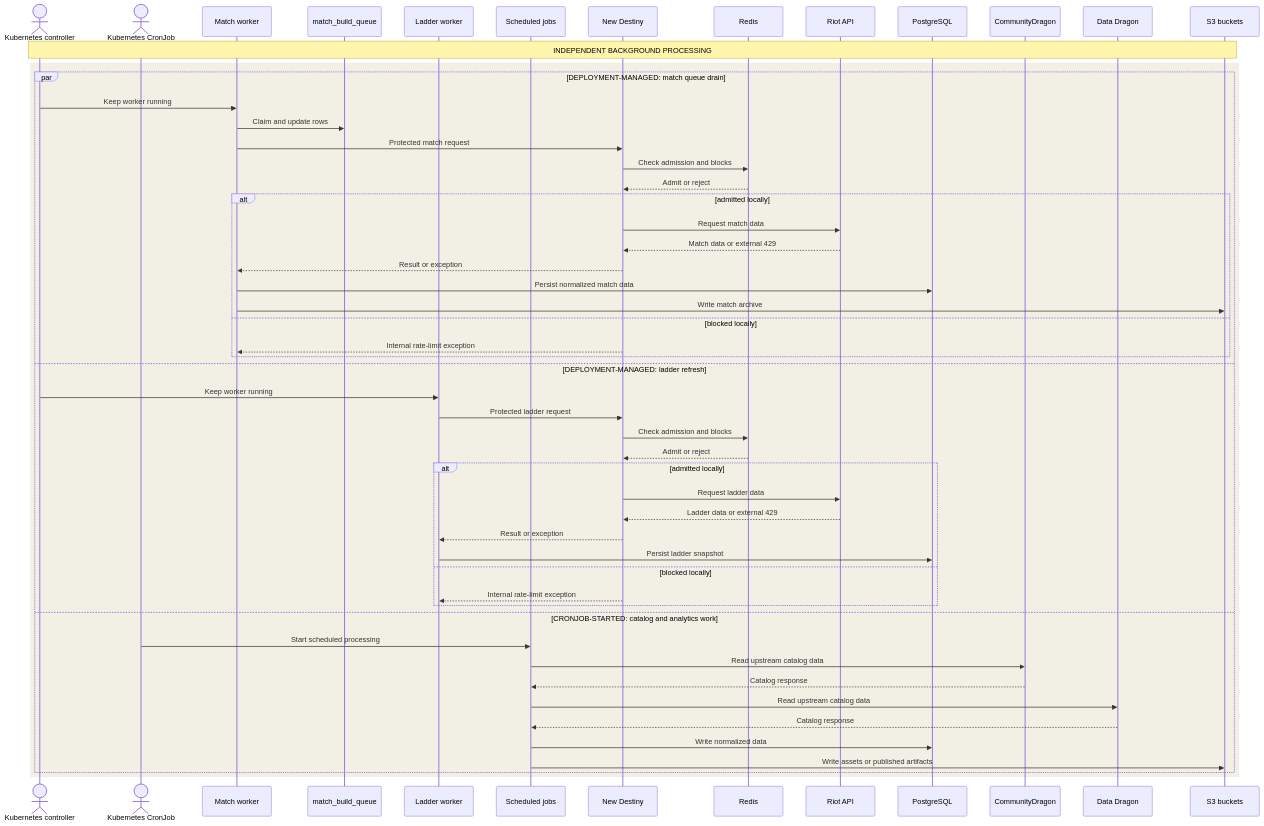
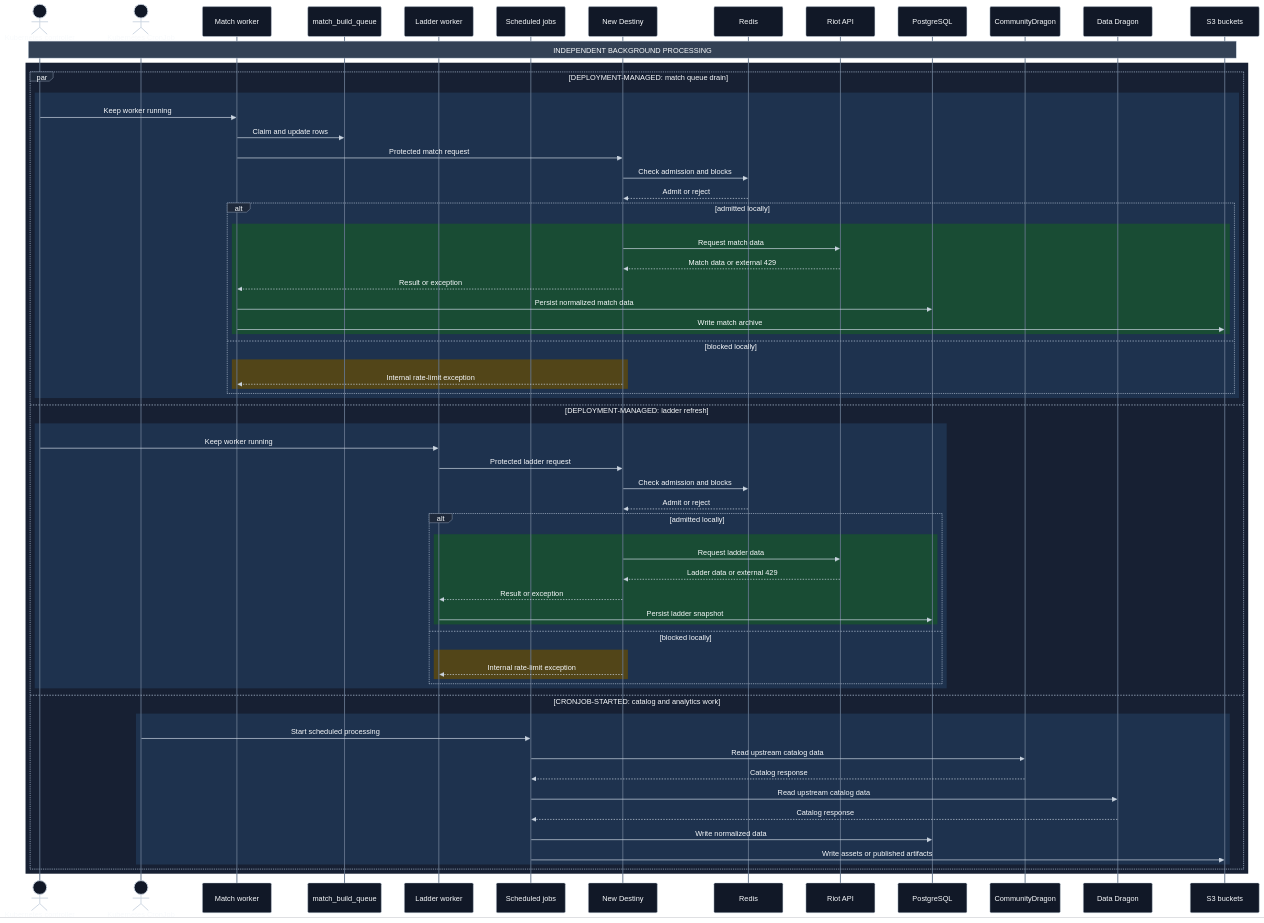
The third of 5 diagrams in docs/backend-runtime.md (winrates-gg/wrgg-public-documentation), drawn with Mermaid before and after one commit. The commit also changed other lines of this file, not shown here.

Commit message:
Improved diagrams, more github testing

````diff
--- a/docs/backend-runtime.md
+++ b/docs/backend-runtime.md
@@ -144,57 +159,72 @@
 ```mermaid
+%%{init: {"theme": "base", "themeVariables": {"background": "#0f172a", "primaryColor": "#172033", "primaryTextColor": "#f8fafc", "primaryBorderColor": "#94a3b8", "lineColor": "#cbd5e1", "actorBkg": "#111827", "actorBorder": "#cbd5e1", "actorTextColor": "#f8fafc", "actorLineColor": "#64748b", "signalColor": "#cbd5e1", "signalTextColor": "#f8fafc", "labelBoxBkgColor": "#1e293b", "labelBoxBorderColor": "#94a3b8", "labelTextColor": "#f8fafc", "noteBkgColor": "#334155", "noteBorderColor": "#cbd5e1", "noteTextColor": "#f8fafc"}}}%%
 sequenceDiagram
     actor Controller as Kubernetes controller
     actor Cron as Kubernetes CronJob
     participant MatchWorker as Match worker
     participant Queue as match_build_queue
     participant LadderWorker as Ladder worker
     participant Jobs as Scheduled jobs
     participant ND as New Destiny
     participant Redis as Redis
     participant Riot as Riot API
     participant DB as PostgreSQL
     participant CDragon as CommunityDragon
     participant DDragon as Data Dragon
     participant S3 as S3 buckets
 
     Note over Controller,S3: INDEPENDENT BACKGROUND PROCESSING
-    rect rgb(242, 239, 229)
+    rect rgb(23, 32, 51)
         par DEPLOYMENT-MANAGED: match queue drain
-            Controller->>MatchWorker: Keep worker running
-            MatchWorker->>Queue: Claim and update rows
-            MatchWorker->>ND: Protected match request
-            ND->>Redis: Check admission and blocks
-            Redis-->>ND: Admit or reject
-            alt admitted locally
-                ND->>Riot: Request match data
-                Riot-->>ND: Match data or external 429
-                ND-->>MatchWorker: Result or exception
-                MatchWorker->>DB: Persist normalized match data
-                MatchWorker->>S3: Write match archive
-            else blocked locally
-                ND-->>MatchWorker: Internal rate-limit exception
+            rect rgb(30, 50, 78)
+                Controller->>MatchWorker: Keep worker running
+                MatchWorker->>Queue: Claim and update rows
+                MatchWorker->>ND: Protected match request
+                ND->>Redis: Check admission and blocks
+                Redis-->>ND: Admit or reject
+                alt admitted locally
+                    rect rgb(25, 76, 52)
+                        ND->>Riot: Request match data
+                        Riot-->>ND: Match data or external 429
+                        ND-->>MatchWorker: Result or exception
+                        MatchWorker->>DB: Persist normalized match data
+                        MatchWorker->>S3: Write match archive
+                    end
+                else blocked locally
+                    rect rgb(82, 69, 24)
+                        ND-->>MatchWorker: Internal rate-limit exception
+                    end
+                end
             end
         and DEPLOYMENT-MANAGED: ladder refresh
-            Controller->>LadderWorker: Keep worker running
-            LadderWorker->>ND: Protected ladder request
-            ND->>Redis: Check admission and blocks
-            Redis-->>ND: Admit or reject
-            alt admitted locally
-                ND->>Riot: Request ladder data
-                Riot-->>ND: Ladder data or external 429
-                ND-->>LadderWorker: Result or exception
-                LadderWorker->>DB: Persist ladder snapshot
-            else blocked locally
-                ND-->>LadderWorker: Internal rate-limit exception
+            rect rgb(30, 50, 78)
+                Controller->>LadderWorker: Keep worker running
+                LadderWorker->>ND: Protected ladder request
+                ND->>Redis: Check admission and blocks
+                Redis-->>ND: Admit or reject
+                alt admitted locally
+                    rect rgb(25, 76, 52)
+                        ND->>Riot: Request ladder data
+                        Riot-->>ND: Ladder data or external 429
+                        ND-->>LadderWorker: Result or exception
+                        LadderWorker->>DB: Persist ladder snapshot
+                    end
+                else blocked locally
+                    rect rgb(82, 69, 24)
+                        ND-->>LadderWorker: Internal rate-limit exception
+                    end
+                end
             end
         and CRONJOB-STARTED: catalog and analytics work
-            Cron->>Jobs: Start scheduled processing
-            Jobs->>CDragon: Read upstream catalog data
-            CDragon-->>Jobs: Catalog response
-            Jobs->>DDragon: Read upstream catalog data
-            DDragon-->>Jobs: Catalog response
-            Jobs->>DB: Write normalized data
-            Jobs->>S3: Write assets or published artifacts
+            rect rgb(30, 50, 78)
+                Cron->>Jobs: Start scheduled processing
+                Jobs->>CDragon: Read upstream catalog data
+                CDragon-->>Jobs: Catalog response
+                Jobs->>DDragon: Read upstream catalog data
+                DDragon-->>Jobs: Catalog response
+                Jobs->>DB: Write normalized data
+                Jobs->>S3: Write assets or published artifacts
+            end
         end
     end
 ```
````
